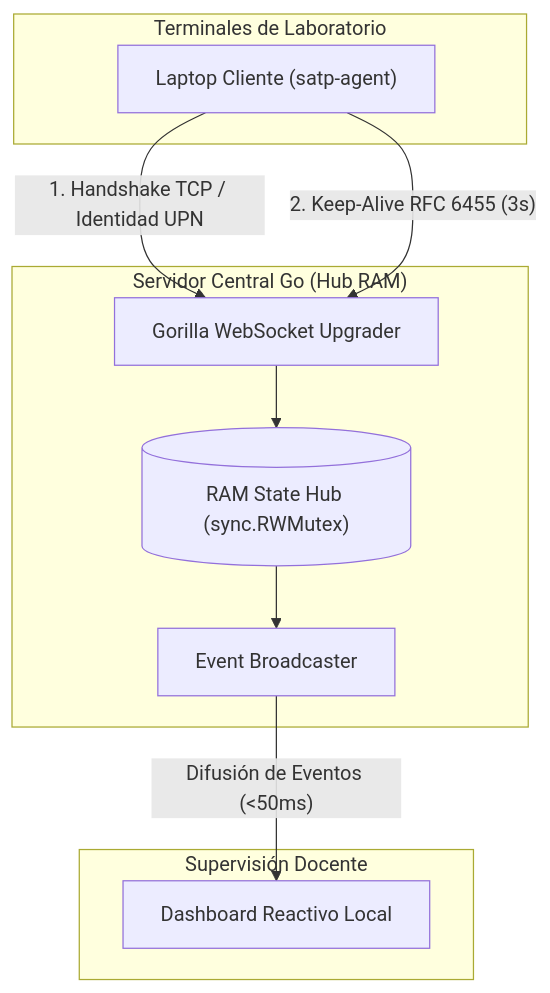
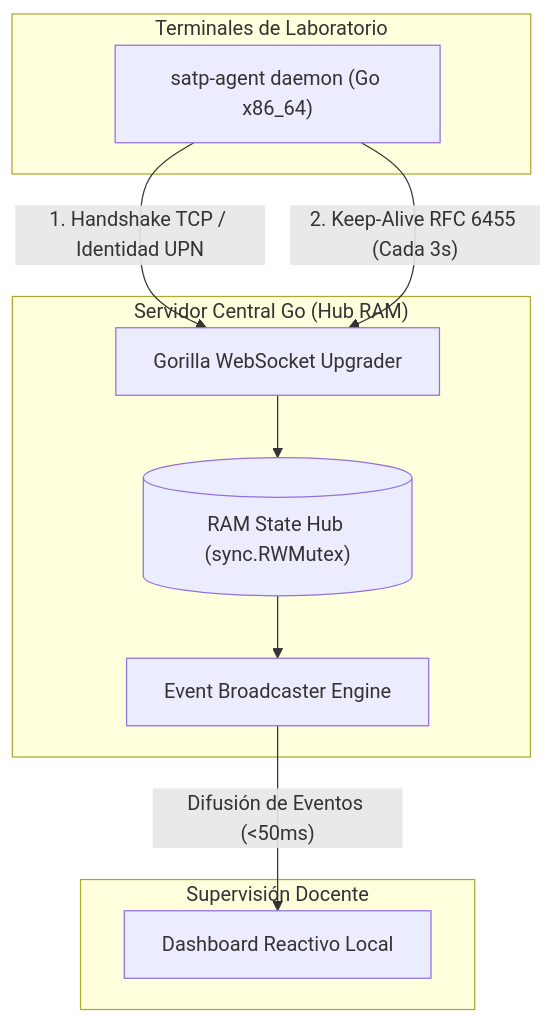
The diagram in README.md (alexanderch13/xx_STAP-Lab), drawn with Mermaid before and after one commit. The commit also changed other lines of this file, not shown here.

````diff
--- a/README.md
+++ b/README.md
@@ -38,22 +49,22 @@
 ```mermaid
 flowchart TD
     subgraph CLIENTES [" Terminales de Laboratorio "]
-        Agent["Laptop Cliente (satp-agent)"]
+        Agent["satp-agent daemon (Go x86_64)"]
     end
 
     subgraph BACKEND [" Servidor Central Go (Hub RAM) "]
         Upgrader["Gorilla WebSocket Upgrader"]
         Hub[("RAM State Hub (sync.RWMutex)")]
-        Broadcaster["Event Broadcaster"]
+        Broadcaster["Event Broadcaster Engine"]
     end
 
     subgraph MONITOR [" Supervisión Docente "]
         Dashboard["Dashboard Reactivo Local"]
     end
 
     Agent -->|"1. Handshake TCP / Identidad UPN"| Upgrader
-    Agent -->|"2. Keep-Alive RFC 6455 (3s)"| Upgrader
+    Agent -->|"2. Keep-Alive RFC 6455 (Cada 3s)"| Upgrader
     Upgrader --> Hub
     Hub --> Broadcaster
     Broadcaster -->|"Difusión de Eventos (<50ms)"| Dashboard
 ```
````
